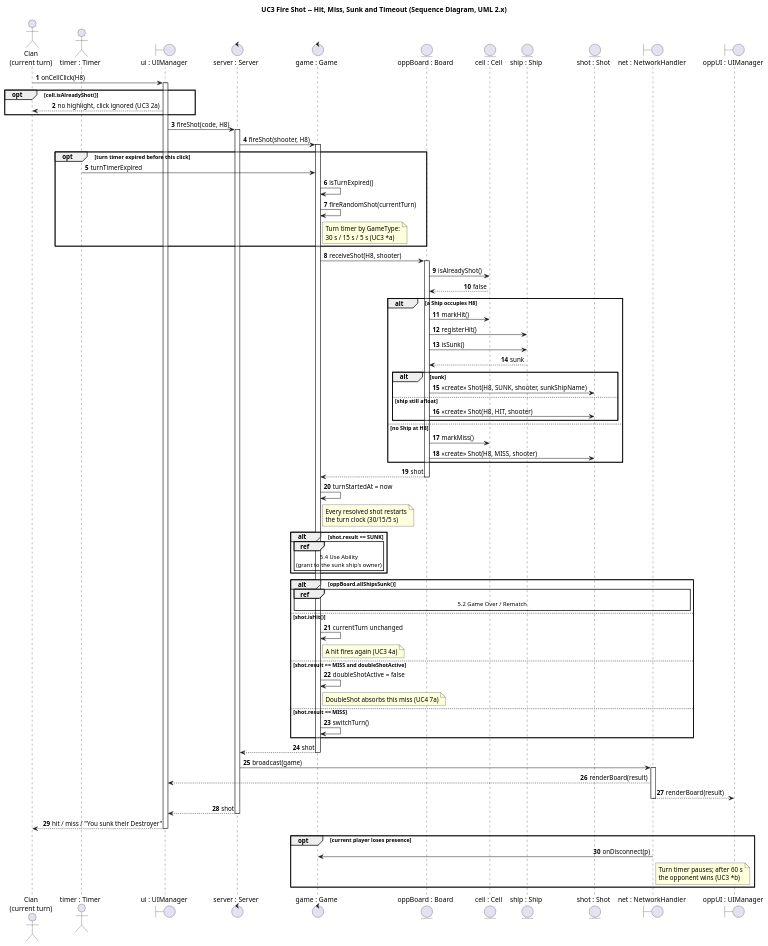
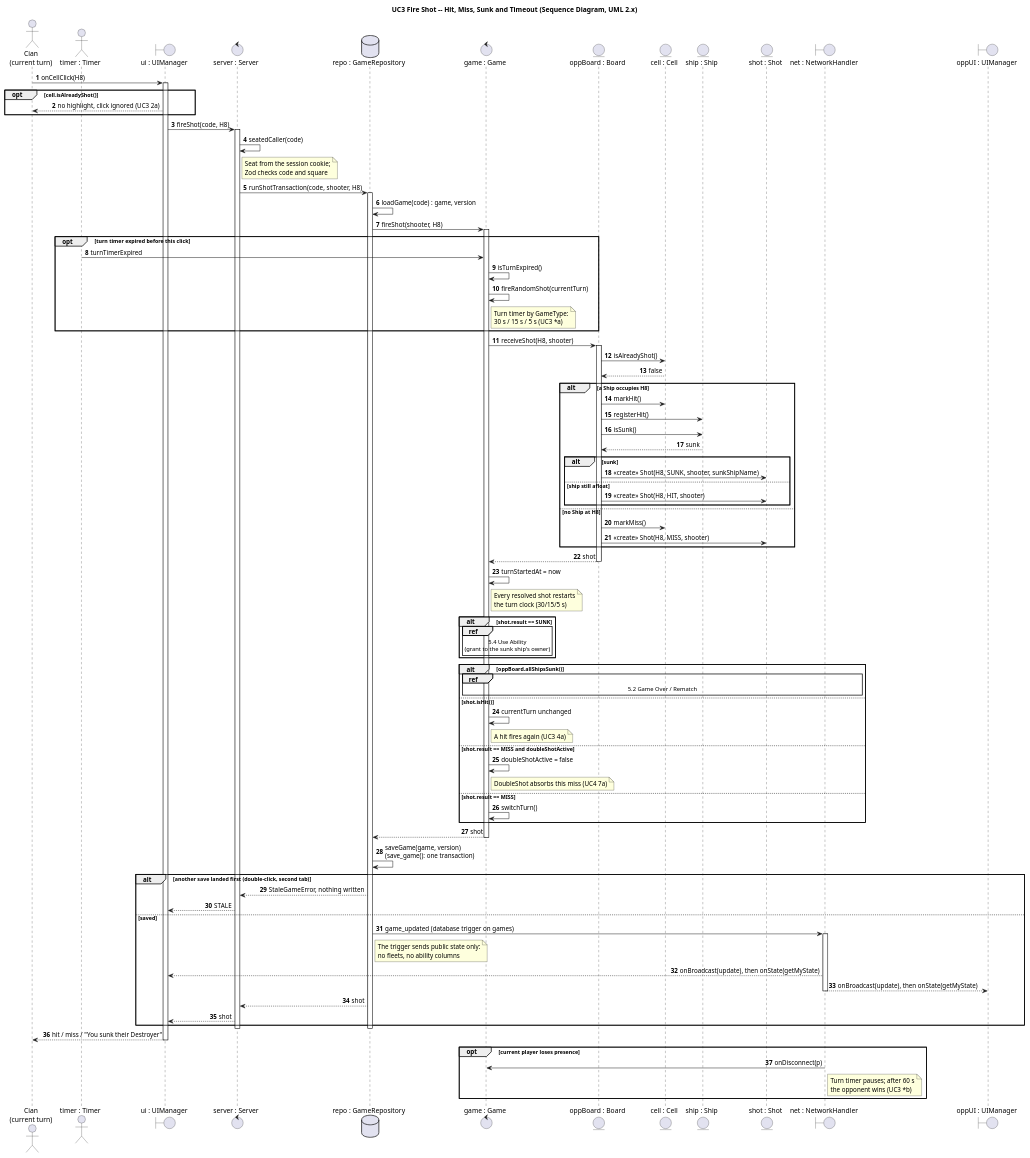
Before and after one commit to queeeety/battleship-online: the diagram in docs/uml/sequence/fire-shot.puml, drawn with PlantUML. The commit also changed 9 other files, not shown here.

Commit message:
Update UML for Stage 5: save_game, broadcast trigger and NetworkHandler

```diff
--- a/docs/uml/sequence/fire-shot.puml
+++ b/docs/uml/sequence/fire-shot.puml
@@ -1,96 +1,112 @@
 @startuml 5_3_FireShot_SequenceDiagram
 ' MyBattleship -- GroupXXAssign2.pdf, section 5.3: Fire Shot
 ' Scenario: UC3 Fire Shot, scenarios 2.5, 2.6, 2.9 and 2.10.
 title UC3 Fire Shot -- Hit, Miss, Sunk and Timeout (Sequence Diagram, UML 2.x)
 
 skinparam sequenceMessageAlign first
 autonumber
 
 actor "Cian\n(current turn)" as Player
 actor "timer : Timer" as Timer
 boundary "ui : UIManager" as UI
 control "server : Server" as Server
+database "repo : GameRepository" as Repo
 control "game : Game" as Game
 entity "oppBoard : Board" as Board
 entity "cell : Cell" as Cell
 entity "ship : Ship" as Ship
 entity "shot : Shot" as Shot
 boundary "net : NetworkHandler" as Net
 boundary "oppUI : UIManager" as OppUI
 
 Player -> UI : onCellClick(H8)
 activate UI
 
 opt cell.isAlreadyShot()
   UI --> Player : no highlight, click ignored (UC3 2a)
 end
 
 UI -> Server : fireShot(code, H8)
 activate Server
-Server -> Game : fireShot(shooter, H8)
+Server -> Server : seatedCaller(code)
+note right of Server : Seat from the session cookie;\nZod checks code and square
+Server -> Repo : runShotTransaction(code, shooter, H8)
+activate Repo
+Repo -> Repo : loadGame(code) : game, version
+Repo -> Game : fireShot(shooter, H8)
 activate Game
 
 opt turn timer expired before this click
   Timer -> Game : turnTimerExpired
   Game -> Game : isTurnExpired()
   Game -> Game : fireRandomShot(currentTurn)
   note right of Game : Turn timer by GameType:\n30 s / 15 s / 5 s (UC3 *a)
 end
 
 Game -> Board : receiveShot(H8, shooter)
 activate Board
 Board -> Cell : isAlreadyShot()
 Cell --> Board : false
 
 alt a Ship occupies H8
   Board -> Cell : markHit()
   Board -> Ship : registerHit()
   Board -> Ship : isSunk()
   Ship --> Board : sunk
   alt sunk
     Board -> Shot : <<create>> Shot(H8, SUNK, shooter, sunkShipName)
   else ship still afloat
     Board -> Shot : <<create>> Shot(H8, HIT, shooter)
   end
 else no Ship at H8
   Board -> Cell : markMiss()
   Board -> Shot : <<create>> Shot(H8, MISS, shooter)
 end
 Board --> Game : shot
 deactivate Board
 Game -> Game : turnStartedAt = now
 note right of Game : Every resolved shot restarts\nthe turn clock (30/15/5 s)
 
 alt shot.result == SUNK
   ref over Game : 5.4 Use Ability\n(grant to the sunk ship's owner)
 end
 
 alt oppBoard.allShipsSunk()
   ref over Game, Net : 5.2 Game Over / Rematch
 else shot.isHit()
   Game -> Game : currentTurn unchanged
   note right of Game : A hit fires again (UC3 4a)
 else shot.result == MISS and doubleShotActive
   Game -> Game : doubleShotActive = false
   note right of Game : DoubleShot absorbs this miss (UC4 7a)
 else shot.result == MISS
   Game -> Game : switchTurn()
 end
 
-Game --> Server : shot
+Game --> Repo : shot
 deactivate Game
-Server -> Net : broadcast(game)
-activate Net
-Net --> UI : renderBoard(result)
-Net --> OppUI : renderBoard(result)
-deactivate Net
-Server --> UI : shot
+Repo -> Repo : saveGame(game, version)\n(save_game(): one transaction)
+
+alt another save landed first (double-click, second tab)
+  Repo --> Server : StaleGameError, nothing written
+  Server --> UI : STALE
+else saved
+  Repo -> Net : game_updated (database trigger on games)
+  activate Net
+  note right of Repo : The trigger sends public state only:\nno fleets, no ability columns
+  Net --> UI : onBroadcast(update), then onState(getMyState)
+  Net --> OppUI : onBroadcast(update), then onState(getMyState)
+  deactivate Net
+  Repo --> Server : shot
+  Server --> UI : shot
+end
+deactivate Repo
 deactivate Server
 UI --> Player : hit / miss / "You sunk their Destroyer"
 deactivate UI
 
 opt current player loses presence
   Net -> Game : onDisconnect(p)
   note right of Net : Turn timer pauses; after 60 s\nthe opponent wins (UC3 *b)
 end
 @enduml
```
